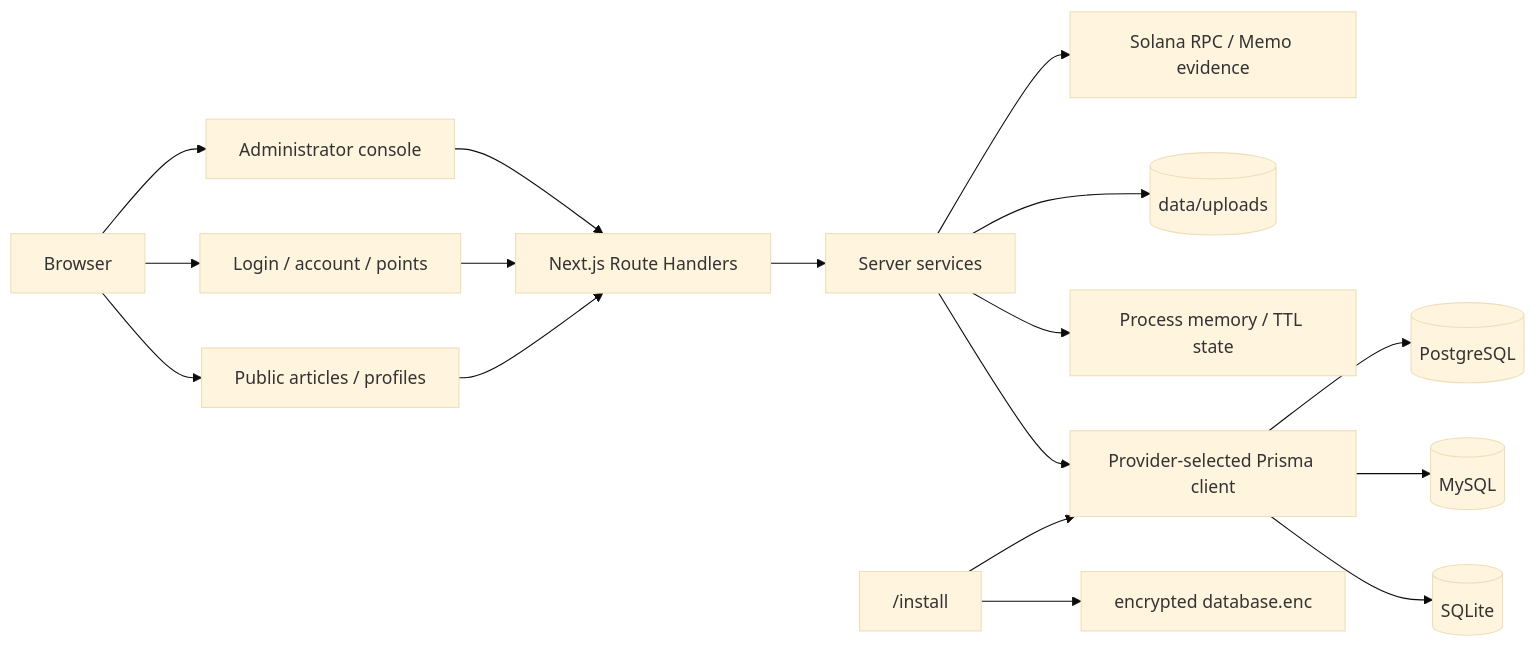
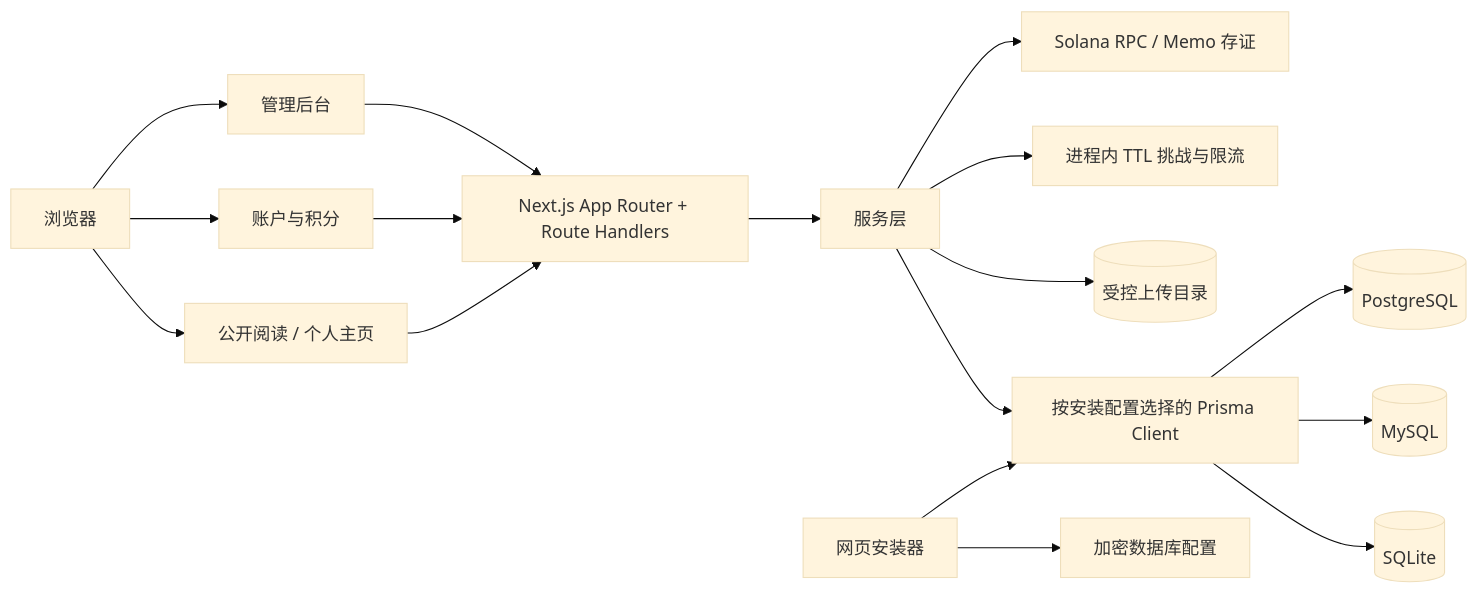
The diagram in README.md (holic512/SlothVault), drawn with Mermaid (base theme) before and after one commit. The commit also changed other lines of this file and 5 other files, not shown here.

Commit message:
[feat] [ 1.重写项目 README，完善安装、功能与架构说明。 2.按日期归档并引用压缩后的系统界面截图。 ]

````diff
--- a/README.md
+++ b/README.md
@@ -111,23 +119,23 @@
 ```mermaid
 flowchart LR
-    Browser["Browser"] --> Public["Public articles / profiles"]
-    Browser --> Account["Login / account / points"]
-    Browser --> Admin["Administrator console"]
+    Browser["浏览器"] --> Public["公开阅读 / 个人主页"]
+    Browser --> Account["账户与积分"]
+    Browser --> Admin["管理后台"]
 
-    Public --> Routes["Next.js Route Handlers"]
+    Public --> Routes["Next.js App Router + Route Handlers"]
     Account --> Routes
     Admin --> Routes
 
-    Routes --> Services["Server services"]
-    Services --> Prisma["Provider-selected Prisma client"]
+    Routes --> Services["服务层"]
+    Services --> Prisma["按安装配置选择的 Prisma Client"]
     Prisma --> SQLite[(SQLite)]
     Prisma --> MySQL[(MySQL)]
     Prisma --> PostgreSQL[(PostgreSQL)]
 
-    Services --> Memory["Process memory / TTL state"]
-    Services --> Uploads[(data/uploads)]
-    Services --> Solana["Solana RPC / Memo evidence"]
+    Services --> Uploads[(受控上传目录)]
+    Services --> Memory["进程内 TTL 挑战与限流"]
+    Services --> Solana["Solana RPC / Memo 存证"]
 
-    Installer["/install"] --> Config["encrypted database.enc"]
+    Installer["网页安装器"] --> EncryptedConfig["加密数据库配置"]
     Installer --> Prisma
 ```
````
